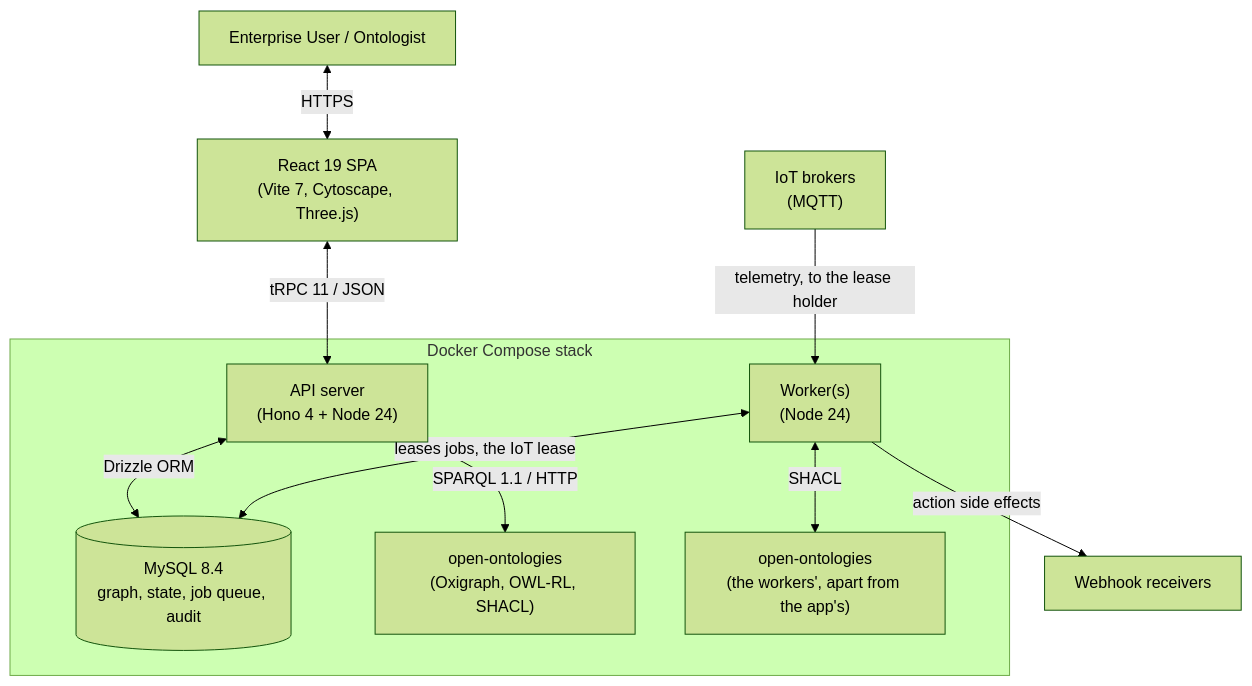
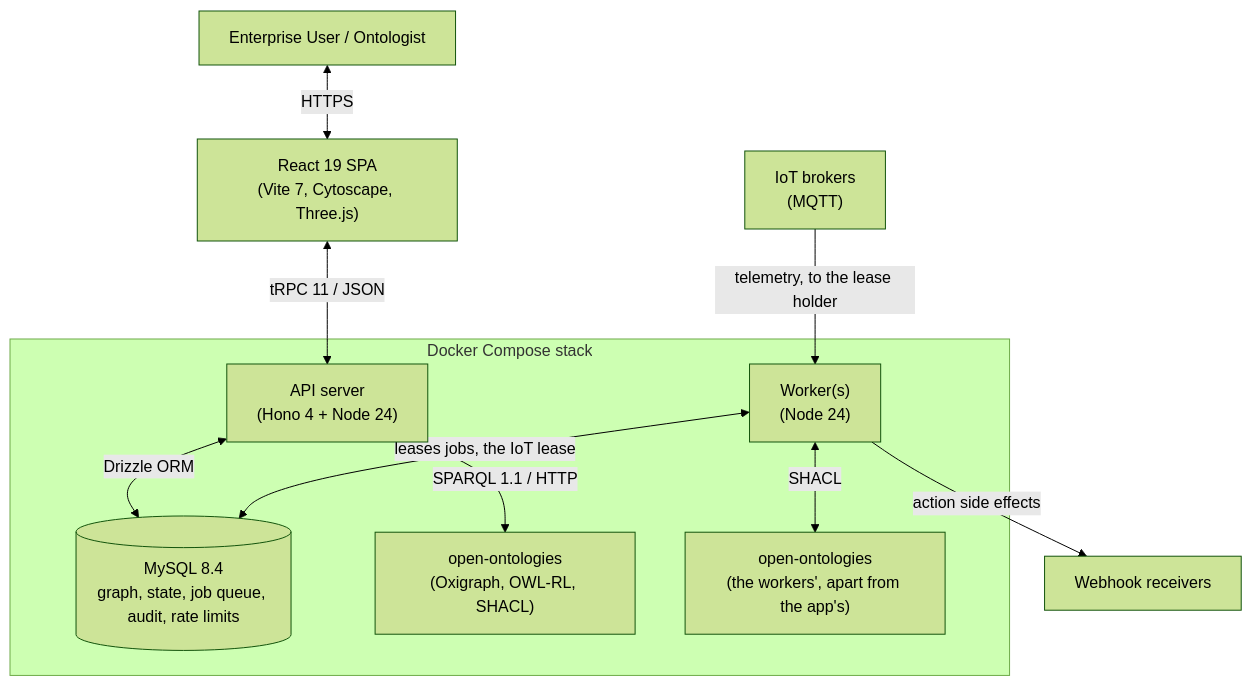
Before and after one commit to WrdCstlg/ontos-digital-twin: the diagram in README.md, drawn with Mermaid (forest theme). The commit also changed other lines of this file and 2 other files, not shown here.

First line of the commit message:
docs: rate limits and the login lockout hold across API replicas

````diff
--- a/README.md
+++ b/README.md
@@ -58,19 +58,19 @@
 ```mermaid
 graph TD
     User["Enterprise User / Ontologist"] <-->|HTTPS| Web["React 19 SPA<br/>(Vite 7, Cytoscape, Three.js)"]
     Web <-->|tRPC 11 / JSON| Hono["API server<br/>(Hono 4 + Node 24)"]
-    Hono <-->|Drizzle ORM| MySQL[("MySQL 8.4<br/>graph, state, job queue, audit")]
+    Hono <-->|Drizzle ORM| MySQL[("MySQL 8.4<br/>graph, state, job queue, audit, rate limits")]
     Hono <-->|SPARQL 1.1 / HTTP| Engine["open-ontologies<br/>(Oxigraph, OWL-RL, SHACL)"]
     Worker["Worker(s)<br/>(Node 24)"] <-->|leases jobs, the IoT lease| MySQL
     Worker <-->|SHACL| EngineW["open-ontologies<br/>(the workers', apart from the app's)"]
     Worker -->|action side effects| Hooks["Webhook receivers"]
     Brokers["IoT brokers<br/>(MQTT)"] -->|telemetry, to the lease holder| Worker
 
     subgraph Compose ["Docker Compose stack"]
         Hono
         Worker
         MySQL
         Engine
         EngineW
     end
 ```
````
